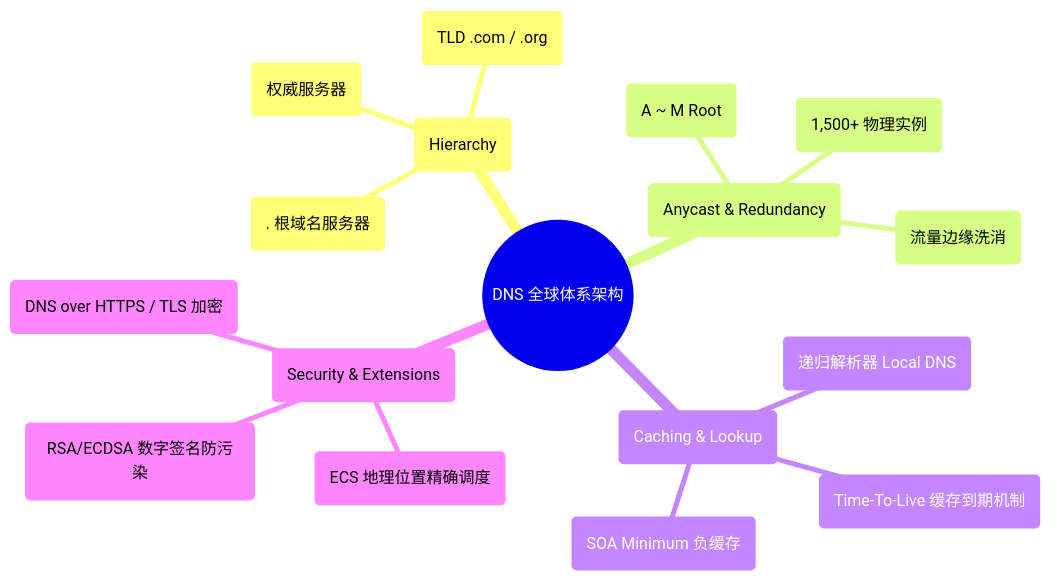
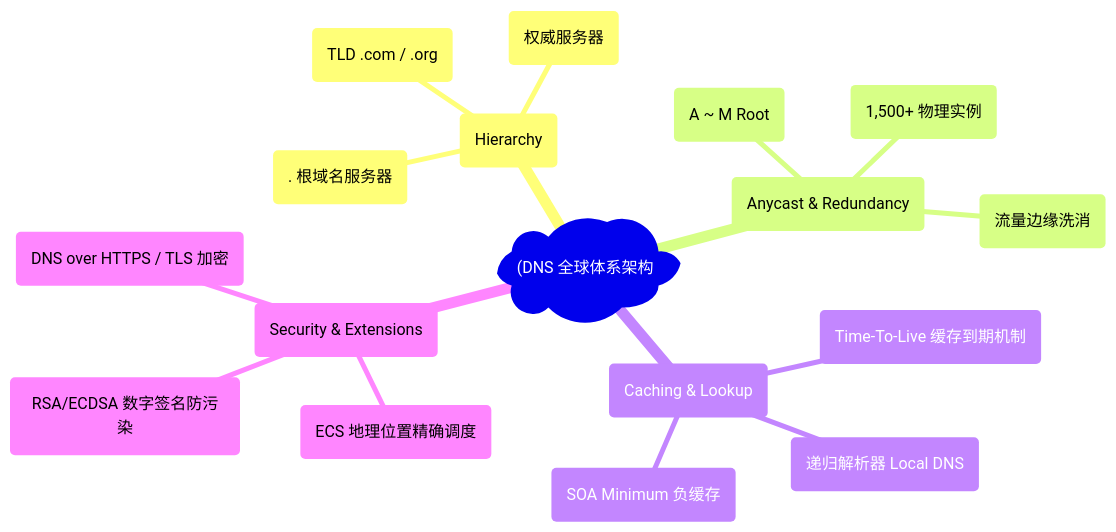
The second of 6 diagrams in docs/atlas/dns-global-system.mdx (koosai/AI-Architect-Learning), drawn with Mermaid before and after one commit. The commit also changed other lines of this file and 187 other files, not shown here.

Commit message:
fix(mermaid): fix all unquoted parens and edge label syntax errors across all docs

````diff
--- a/docs/atlas/dns-global-system.mdx
+++ b/docs/atlas/dns-global-system.mdx
@@ -88,20 +88,20 @@
 ```mermaid
 mindmap
-  root((DNS 全球体系架构))
+  root("(DNS 全球体系架构"))
     树状层级结构 (Hierarchy)
       Root Name Servers (. 根域名服务器)
       Top-Level Domain (TLD .com / .org)
       Authoritative Name Server (权威服务器)
     高可用与拓扑 (Anycast & Redundancy)
       13 IPv4/IPv6 Addresses (A ~ M Root)
-      BGP Anycast Global Anycast Mesh (1,500+ 物理实例)
+      BGP Anycast Global Anycast Mesh("1,500+ 物理实例")
       DDoS Traffic Scrubbing (流量边缘洗消)
     缓存与解析 (Caching & Lookup)
       Recursive Resolver (递归解析器 Local DNS)
       TTL (Time-To-Live 缓存到期机制)
       Negative Caching (SOA Minimum 负缓存)
     安全与协议扩展 (Security & Extensions)
       EDNS0 Client Subnet (ECS 地理位置精确调度)
       DNSSEC (RSA/ECDSA 数字签名防污染)
       DoH / DoT (DNS over HTTPS / TLS 加密)
 ```
````
